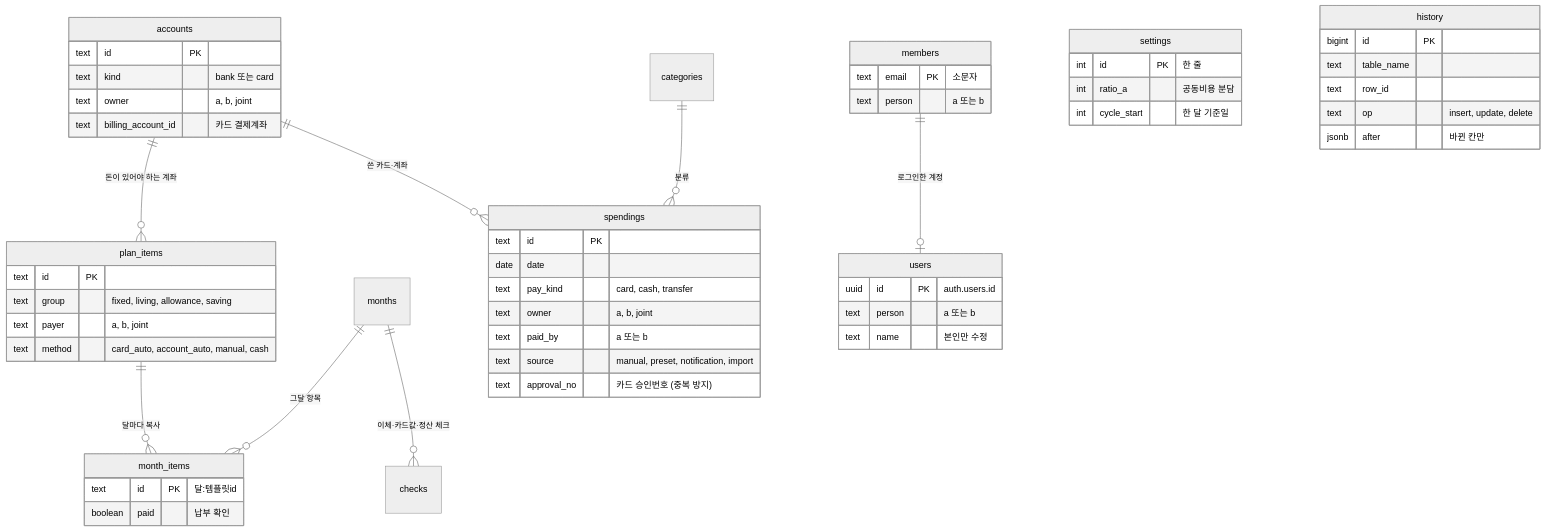
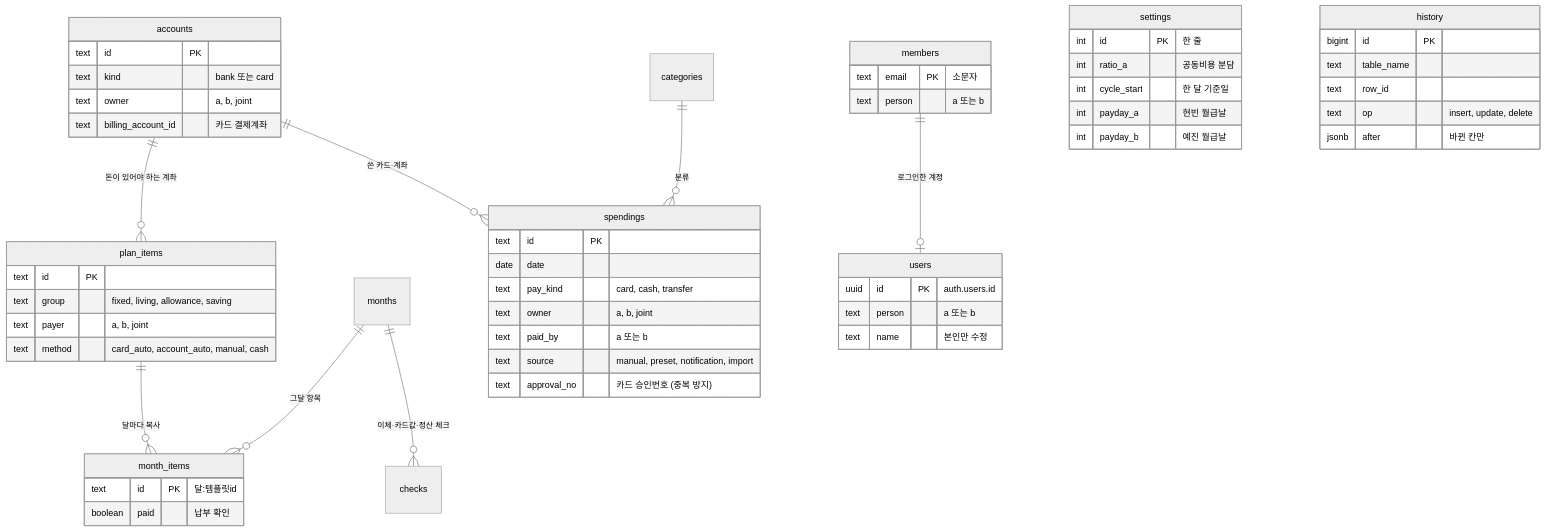
Before and after one commit to jojaden/our-money: the second of 2 diagrams in README.md, drawn with Mermaid (neutral theme). The commit also changed other lines of this file and 22 other files, not shown here.

````diff
--- a/README.md
+++ b/README.md
@@ -136,56 +138,58 @@
 ```mermaid
 erDiagram
   plan_items ||--o{ month_items : "달마다 복사"
   months ||--o{ month_items : "그달 항목"
   months ||--o{ checks : "이체·카드값·정산 체크"
   accounts ||--o{ plan_items : "돈이 있어야 하는 계좌"
   accounts ||--o{ spendings : "쓴 카드·계좌"
   categories ||--o{ spendings : "분류"
   members ||--o| users : "로그인한 계정"
   members {
     text email PK "소문자"
     text person "a 또는 b"
   }
   users {
     uuid id PK "auth.users.id"
     text person "a 또는 b"
     text name "본인만 수정"
   }
   settings {
     int id PK "한 줄"
     int ratio_a "공동비용 분담"
     int cycle_start "한 달 기준일"
+    int payday_a "현빈 월급날"
+    int payday_b "예진 월급날"
   }
   accounts {
     text id PK
     text kind "bank 또는 card"
     text owner "a, b, joint"
     text billing_account_id "카드 결제계좌"
   }
   plan_items {
     text id PK
     text group "fixed, living, allowance, saving"
     text payer "a, b, joint"
     text method "card_auto, account_auto, manual, cash"
   }
   month_items {
     text id PK "달:템플릿id"
     boolean paid "납부 확인"
   }
   spendings {
     text id PK
     date date
     text pay_kind "card, cash, transfer"
     text owner "a, b, joint"
     text paid_by "a 또는 b"
     text source "manual, preset, notification, import"
     text approval_no "카드 승인번호 (중복 방지)"
   }
   history {
     bigint id PK
     text table_name
     text row_id
     text op "insert, update, delete"
     jsonb after "바뀐 칸만"
   }
 ```
````
